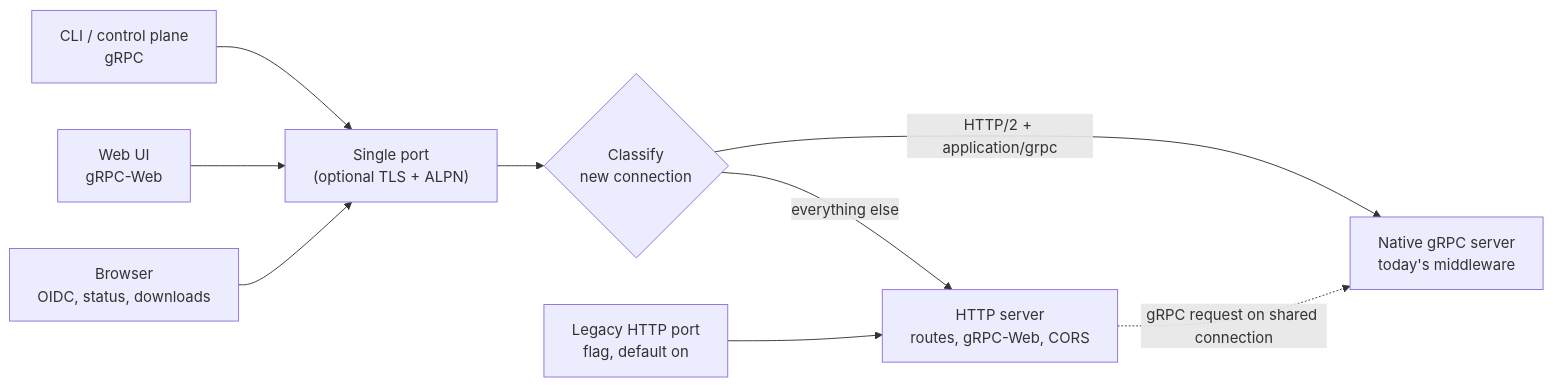
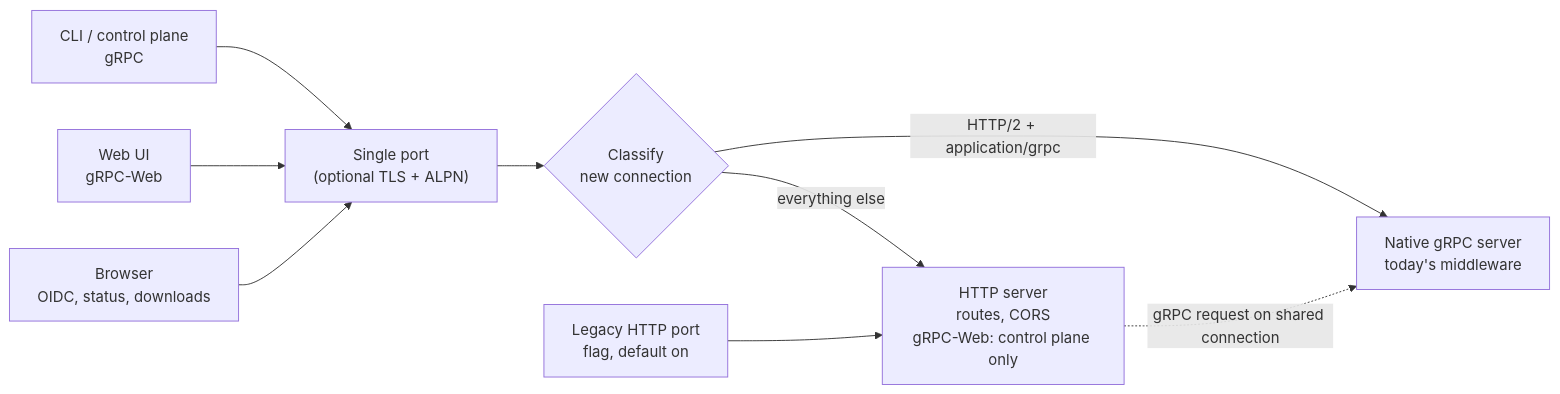
The diagram in docs/specs/issue-3628-single-endpoint.md (chainloop-dev/chainloop), drawn with Mermaid before and after one commit. The commit also changed other lines of this file, not shown here.

First line of the commit message:
spec: issue-3628 serve gRPC-Web on the control plane only

````diff
--- a/docs/specs/issue-3628-single-endpoint.md
+++ b/docs/specs/issue-3628-single-endpoint.md
@@ -119,11 +119,11 @@
 ```mermaid
 flowchart LR
   CLI[CLI / control plane<br/>gRPC] --> L
   UI[Web UI<br/>gRPC-Web] --> L
   B[Browser<br/>OIDC, status, downloads] --> L
   L["Single port<br/>(optional TLS + ALPN)"] --> C{Classify<br/>new connection}
   C -- "HTTP/2 + application/grpc" --> G[Native gRPC server<br/>today's middleware]
-  C -- "everything else" --> H[HTTP server<br/>routes, gRPC-Web, CORS]
+  C -- "everything else" --> H[HTTP server<br/>routes, CORS<br/>gRPC-Web: control plane only]
   H -. "gRPC request on shared connection" .-> G
   LH[Legacy HTTP port<br/>flag, default on] --> H
 ```
````
